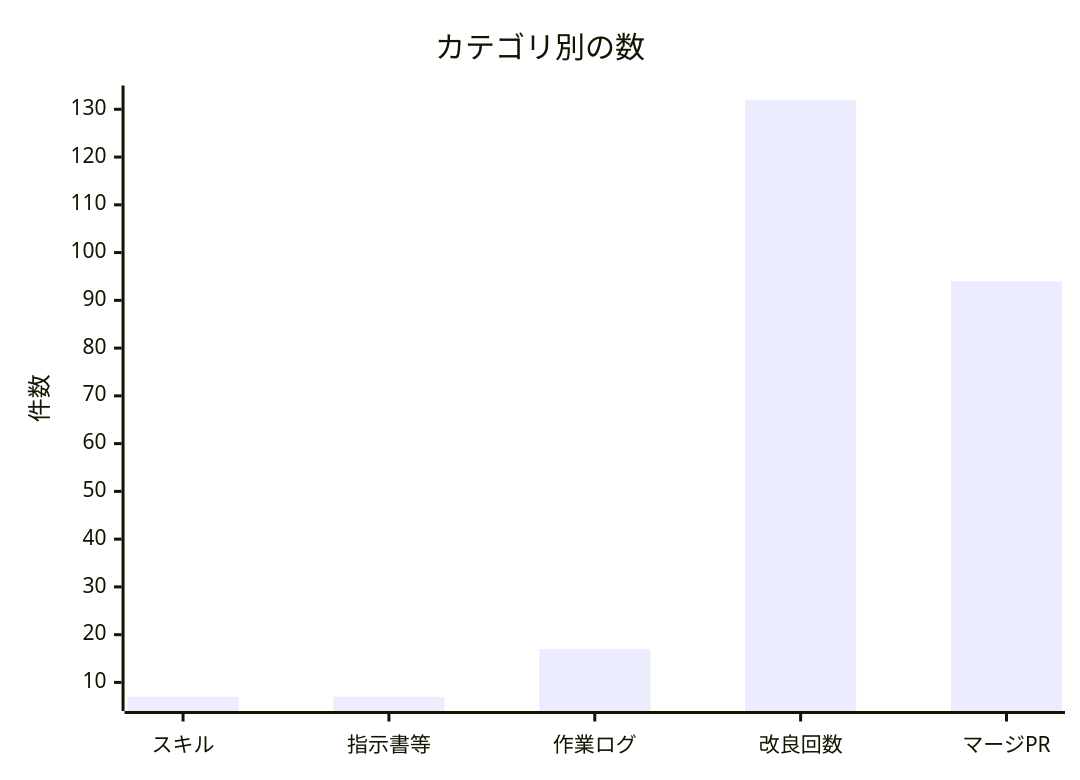
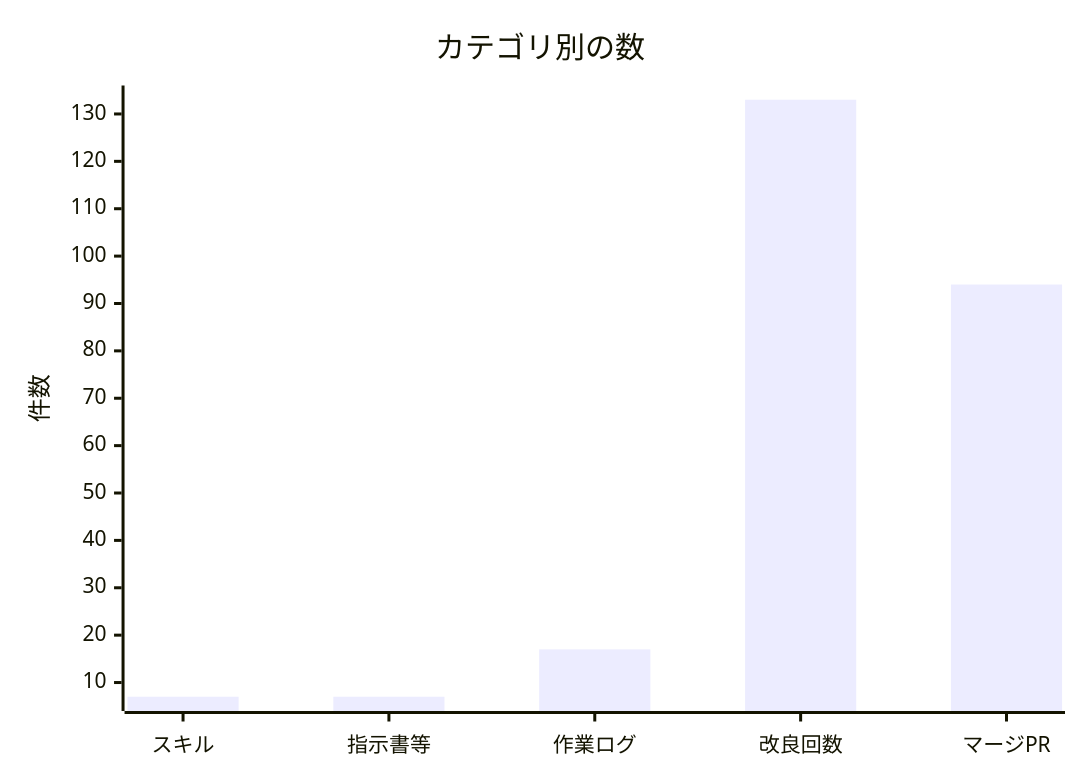
The second of 2 diagrams in docs/進化レポート.md (non-x2/non-x2), drawn with Mermaid before and after one commit. The commit also changed other lines of this file and 1 other file, not shown here.

````diff
--- a/docs/進化レポート.md
+++ b/docs/進化レポート.md
@@ -35,7 +35,7 @@
 ```mermaid
 xychart-beta
     title "カテゴリ別の数"
     x-axis ["スキル", "指示書等", "作業ログ", "改良回数", "マージPR"]
     y-axis "件数"
-    bar [7, 7, 17, 132, 94]
+    bar [7, 7, 17, 133, 94]
 ```
````
